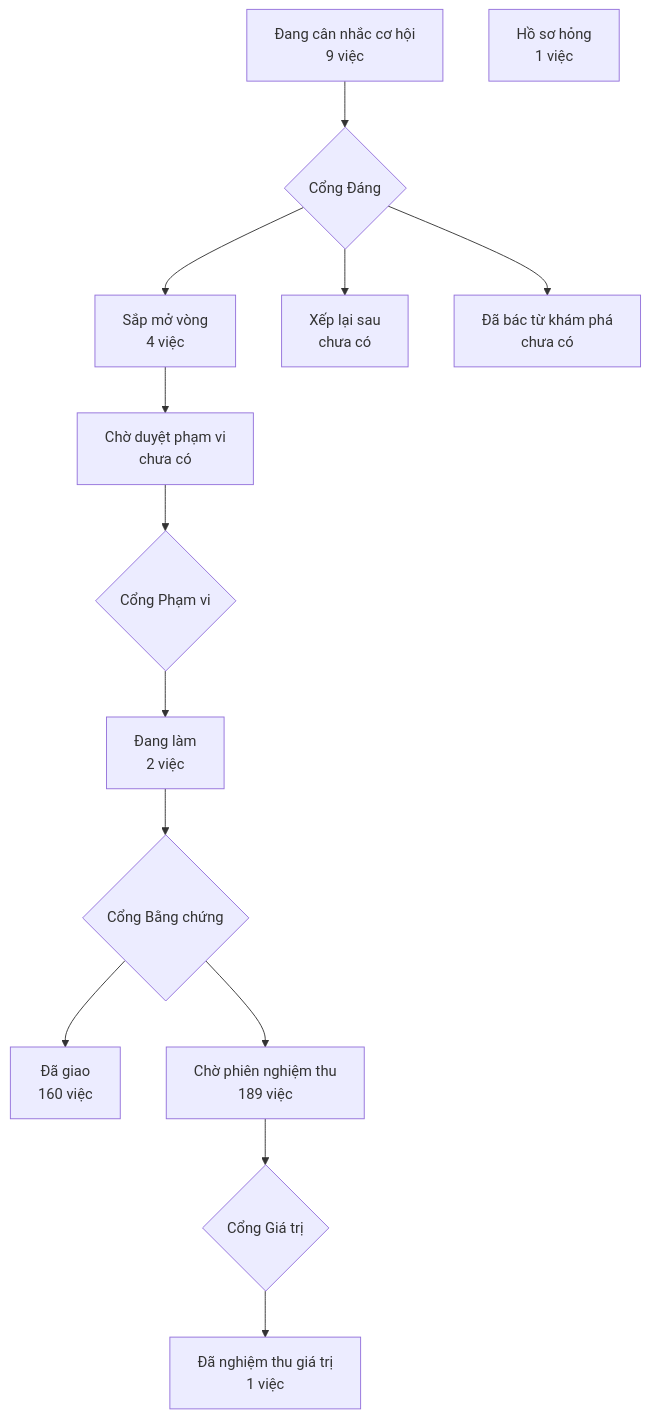
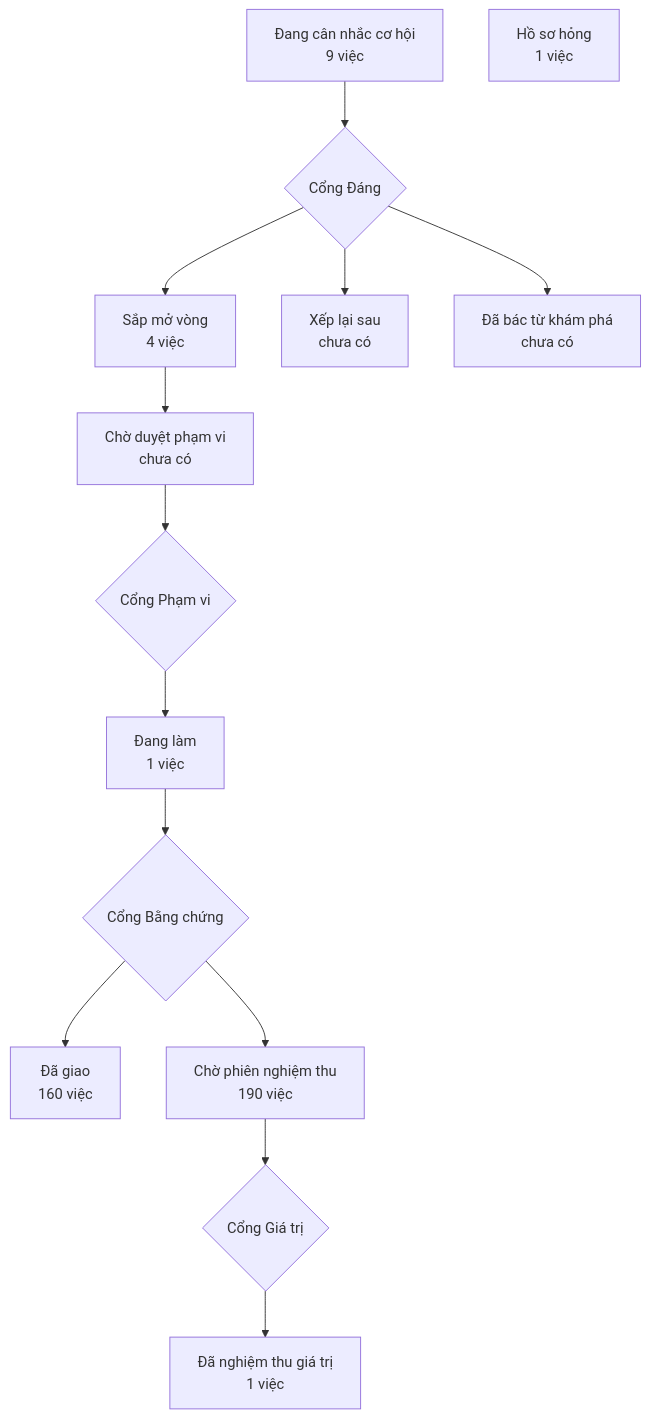
Before and after one commit to phanlemanh/crm-onehub: the diagram in PRODUCT-MAP.md, drawn with Mermaid. The commit also changed 7 other files, not shown here.

````diff
--- a/PRODUCT-MAP.md
+++ b/PRODUCT-MAP.md
@@ -7,13 +7,13 @@
 ```mermaid
 flowchart TD
   A["Đang cân nhắc cơ hội<br/>9 việc"] --> GD{"Cổng Đáng"}
   GD --> B["Sắp mở vòng<br/>4 việc"]
   GD --> XL["Xếp lại sau<br/>chưa có"]
   GD --> DB["Đã bác từ khám phá<br/>chưa có"]
   B --> CD["Chờ duyệt phạm vi<br/>chưa có"] --> GP{"Cổng Phạm vi"}
-  GP --> DL["Đang làm<br/>2 việc"] --> GB{"Cổng Bằng chứng"}
+  GP --> DL["Đang làm<br/>1 việc"] --> GB{"Cổng Bằng chứng"}
   GB --> DG["Đã giao<br/>160 việc"]
-  GB --> CN["Chờ phiên nghiệm thu<br/>189 việc"] --> GG{"Cổng Giá trị"}
+  GB --> CN["Chờ phiên nghiệm thu<br/>190 việc"] --> GG{"Cổng Giá trị"}
   GG --> NT["Đã nghiệm thu giá trị<br/>1 việc"]
   HS["Hồ sơ hỏng<br/>1 việc"]
 ```
````
